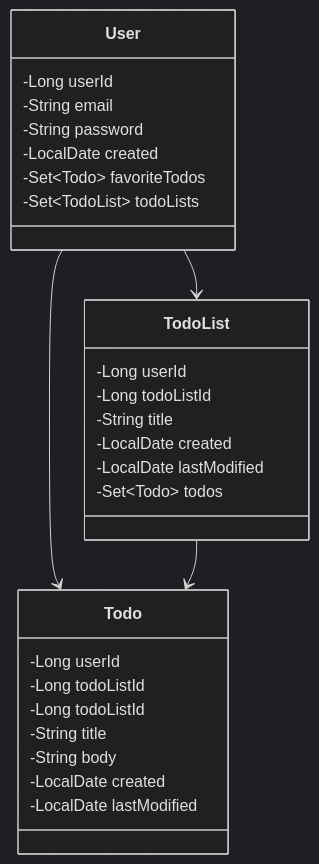
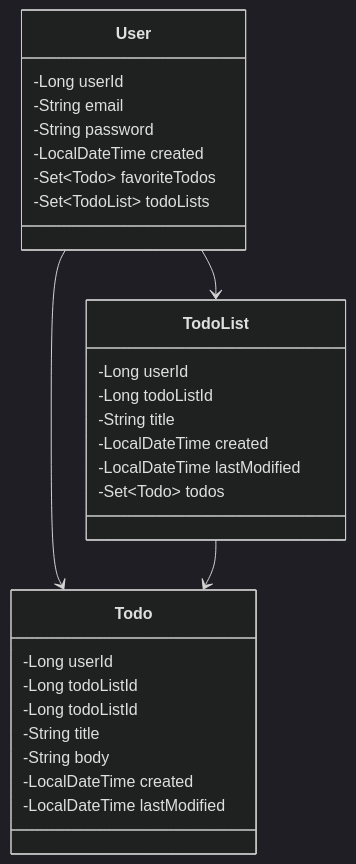
Before and after one commit to evans-p/todo-full-stack-app-backend: the diagram in README.md, drawn with Mermaid (dark theme). The commit also changed other lines of this file, not shown here.

Commit message:
Fixed Changed LocalDate to LocalDateTime on README.md

````diff
--- a/README.md
+++ b/README.md
@@ -6,31 +5,31 @@
 ```mermaid
 classDiagram
     class User {
         -Long userId
         -String email
         -String password
-        -LocalDate created
+        -LocalDateTime created
         -Set~Todo~ favoriteTodos
         -Set~TodoList~ todoLists
     }
     class TodoList {
         -Long userId
         -Long todoListId
         -String title
-        -LocalDate created
-        -LocalDate lastModified
+        -LocalDateTime created
+        -LocalDateTime lastModified
         -Set~Todo~ todos
     }
     class Todo {
         -Long userId
         -Long todoListId
         -Long todoListId
         -String title
         -String body
-        -LocalDate created
-        -LocalDate lastModified
+        -LocalDateTime created
+        -LocalDateTime lastModified
     }
     User --> TodoList
     User --> Todo
     TodoList --> Todo
 ```
````
